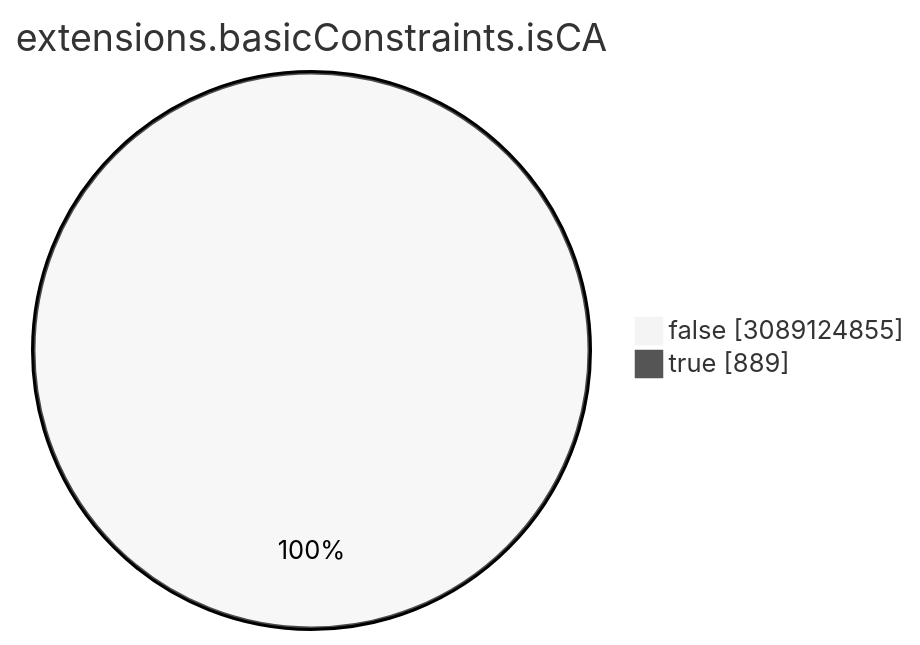
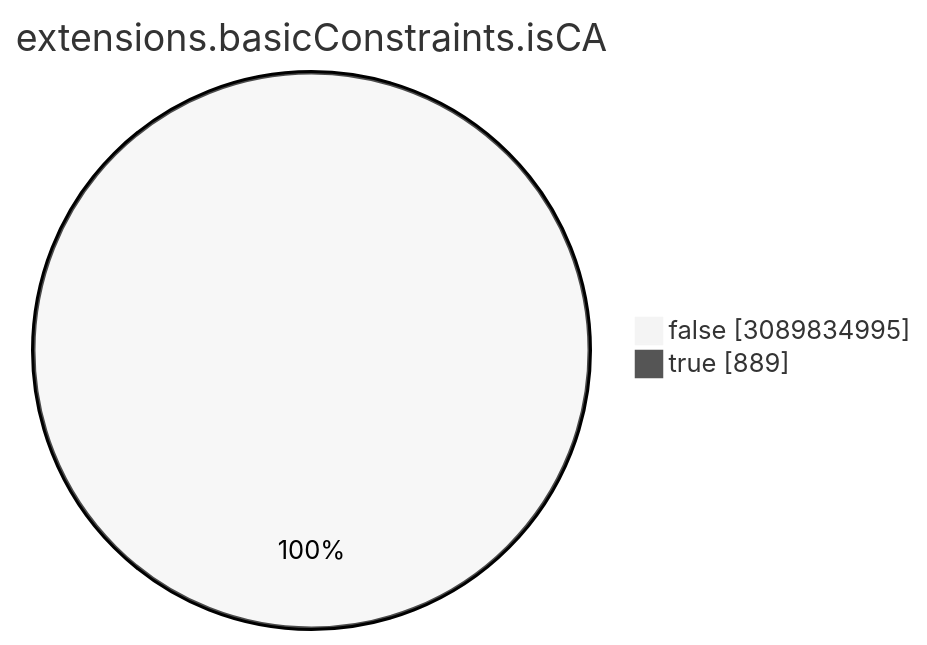
The seventh of 15 diagrams in TOTAL/README.md (christiankrug/ctmonitor_visualization), drawn with Mermaid (neutral theme) before and after one commit. The commit also changed other lines of this file, not shown here.

````diff
--- a/TOTAL/README.md
+++ b/TOTAL/README.md
@@ -3088,6 +3088,6 @@
 ```mermaid
 pie showData
 title extensions.basicConstraints.isCA
-"false" :3089124855
+"false" :3089834995
 "true" :889
 ```
````
